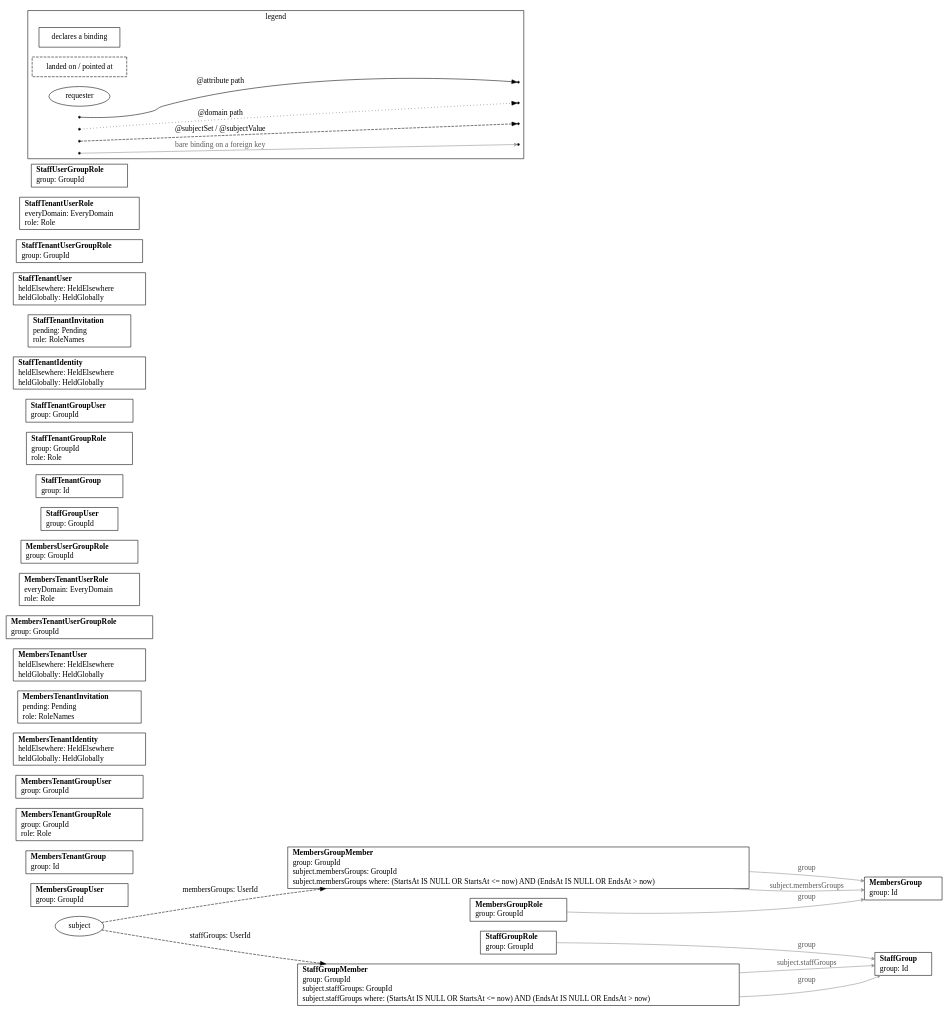
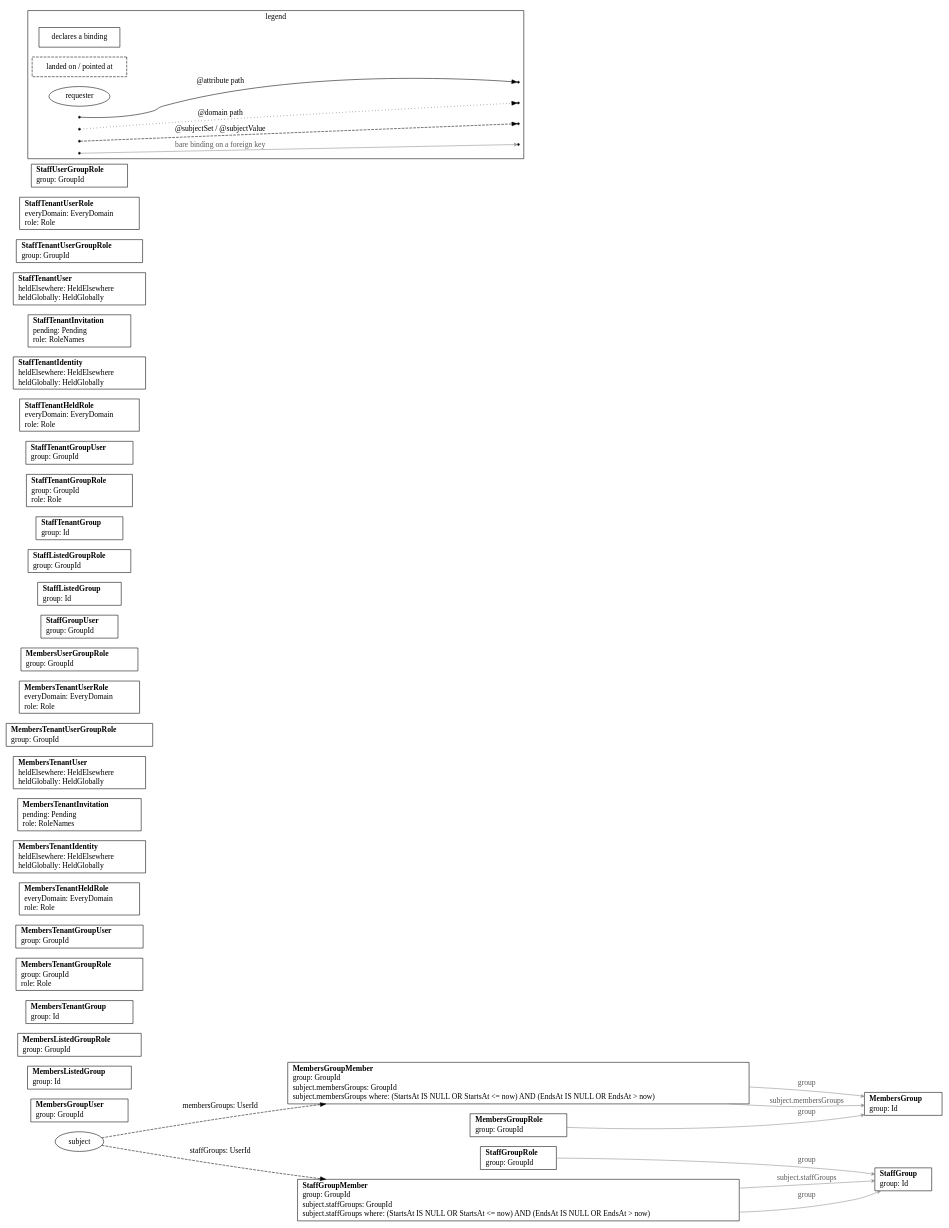
The diagram in cmd/impulse/internal/skeleton/_candidates/outlets/pkg/resources/zz_gen_bindings.dot (impulseframework/impulse), drawn with Graphviz before and after one commit. The commit also changed 350 other files, not shown here.

```diff
--- a/cmd/impulse/internal/skeleton/_candidates/outlets/pkg/resources/zz_gen_bindings.dot
+++ b/cmd/impulse/internal/skeleton/_candidates/outlets/pkg/resources/zz_gen_bindings.dot
@@ -1,71 +1,77 @@
 // Code generated by resourcegeneration. DO NOT EDIT.
 // Bindings: every attribute and subject binding this package declares. A box per
 // declaring resource lists its bare bindings as `name: column`; dashed boxes are
 // the tables a path lands on or a foreign key points at; the subject ellipse is
 // the requester, entering each anchor once with every name it yields there. One
 // edge per hop, drawn once however many paths share it: solid for @attribute,
 // dotted for @domain, dashed for a subject binding, labeled `name: column` on a
 // continuing hop and `name: column ⇒ column` where the path terminates; a thin
 // grey edge points a bare binding on a foreign key at its table. Facts only: no
 // grant or condition is drawn.
 // A subject set that writes a who: or a where: part lists each under the set, in
 // the columns' names: who: says which rows are the requester's, where: which of
 // those rows count. A set that builds on another is a dashed edge from the
 // resource declaring that other set, labeled `name: column IN subject.other`.
 digraph Bindings {
 	rankdir=LR;
 	node [shape=box];
 	"MembersGroup" [label=<<table border="0" cellborder="0" cellspacing="0" cellpadding="1"><tr><td align="left"><b>MembersGroup</b></td></tr><tr><td align="left">group: Id</td></tr></table>>];
 	"MembersGroupMember" [label=<<table border="0" cellborder="0" cellspacing="0" cellpadding="1"><tr><td align="left"><b>MembersGroupMember</b></td></tr><tr><td align="left">group: GroupId</td></tr><tr><td align="left">subject.membersGroups: GroupId</td></tr><tr><td align="left">subject.membersGroups where: (StartsAt IS NULL OR StartsAt &lt;= now) AND (EndsAt IS NULL OR EndsAt &gt; now)</td></tr></table>>];
 	"MembersGroupRole" [label=<<table border="0" cellborder="0" cellspacing="0" cellpadding="1"><tr><td align="left"><b>MembersGroupRole</b></td></tr><tr><td align="left">group: GroupId</td></tr></table>>];
 	"MembersGroupUser" [label=<<table border="0" cellborder="0" cellspacing="0" cellpadding="1"><tr><td align="left"><b>MembersGroupUser</b></td></tr><tr><td align="left">group: GroupId</td></tr></table>>];
+	"MembersListedGroup" [label=<<table border="0" cellborder="0" cellspacing="0" cellpadding="1"><tr><td align="left"><b>MembersListedGroup</b></td></tr><tr><td align="left">group: Id</td></tr></table>>];
+	"MembersListedGroupRole" [label=<<table border="0" cellborder="0" cellspacing="0" cellpadding="1"><tr><td align="left"><b>MembersListedGroupRole</b></td></tr><tr><td align="left">group: GroupId</td></tr></table>>];
 	"MembersTenantGroup" [label=<<table border="0" cellborder="0" cellspacing="0" cellpadding="1"><tr><td align="left"><b>MembersTenantGroup</b></td></tr><tr><td align="left">group: Id</td></tr></table>>];
 	"MembersTenantGroupRole" [label=<<table border="0" cellborder="0" cellspacing="0" cellpadding="1"><tr><td align="left"><b>MembersTenantGroupRole</b></td></tr><tr><td align="left">group: GroupId</td></tr><tr><td align="left">role: Role</td></tr></table>>];
 	"MembersTenantGroupUser" [label=<<table border="0" cellborder="0" cellspacing="0" cellpadding="1"><tr><td align="left"><b>MembersTenantGroupUser</b></td></tr><tr><td align="left">group: GroupId</td></tr></table>>];
+	"MembersTenantHeldRole" [label=<<table border="0" cellborder="0" cellspacing="0" cellpadding="1"><tr><td align="left"><b>MembersTenantHeldRole</b></td></tr><tr><td align="left">everyDomain: EveryDomain</td></tr><tr><td align="left">role: Role</td></tr></table>>];
 	"MembersTenantIdentity" [label=<<table border="0" cellborder="0" cellspacing="0" cellpadding="1"><tr><td align="left"><b>MembersTenantIdentity</b></td></tr><tr><td align="left">heldElsewhere: HeldElsewhere</td></tr><tr><td align="left">heldGlobally: HeldGlobally</td></tr></table>>];
 	"MembersTenantInvitation" [label=<<table border="0" cellborder="0" cellspacing="0" cellpadding="1"><tr><td align="left"><b>MembersTenantInvitation</b></td></tr><tr><td align="left">pending: Pending</td></tr><tr><td align="left">role: RoleNames</td></tr></table>>];
 	"MembersTenantUser" [label=<<table border="0" cellborder="0" cellspacing="0" cellpadding="1"><tr><td align="left"><b>MembersTenantUser</b></td></tr><tr><td align="left">heldElsewhere: HeldElsewhere</td></tr><tr><td align="left">heldGlobally: HeldGlobally</td></tr></table>>];
 	"MembersTenantUserGroupRole" [label=<<table border="0" cellborder="0" cellspacing="0" cellpadding="1"><tr><td align="left"><b>MembersTenantUserGroupRole</b></td></tr><tr><td align="left">group: GroupId</td></tr></table>>];
 	"MembersTenantUserRole" [label=<<table border="0" cellborder="0" cellspacing="0" cellpadding="1"><tr><td align="left"><b>MembersTenantUserRole</b></td></tr><tr><td align="left">everyDomain: EveryDomain</td></tr><tr><td align="left">role: Role</td></tr></table>>];
 	"MembersUserGroupRole" [label=<<table border="0" cellborder="0" cellspacing="0" cellpadding="1"><tr><td align="left"><b>MembersUserGroupRole</b></td></tr><tr><td align="left">group: GroupId</td></tr></table>>];
 	"StaffGroup" [label=<<table border="0" cellborder="0" cellspacing="0" cellpadding="1"><tr><td align="left"><b>StaffGroup</b></td></tr><tr><td align="left">group: Id</td></tr></table>>];
 	"StaffGroupMember" [label=<<table border="0" cellborder="0" cellspacing="0" cellpadding="1"><tr><td align="left"><b>StaffGroupMember</b></td></tr><tr><td align="left">group: GroupId</td></tr><tr><td align="left">subject.staffGroups: GroupId</td></tr><tr><td align="left">subject.staffGroups where: (StartsAt IS NULL OR StartsAt &lt;= now) AND (EndsAt IS NULL OR EndsAt &gt; now)</td></tr></table>>];
 	"StaffGroupRole" [label=<<table border="0" cellborder="0" cellspacing="0" cellpadding="1"><tr><td align="left"><b>StaffGroupRole</b></td></tr><tr><td align="left">group: GroupId</td></tr></table>>];
 	"StaffGroupUser" [label=<<table border="0" cellborder="0" cellspacing="0" cellpadding="1"><tr><td align="left"><b>StaffGroupUser</b></td></tr><tr><td align="left">group: GroupId</td></tr></table>>];
+	"StaffListedGroup" [label=<<table border="0" cellborder="0" cellspacing="0" cellpadding="1"><tr><td align="left"><b>StaffListedGroup</b></td></tr><tr><td align="left">group: Id</td></tr></table>>];
+	"StaffListedGroupRole" [label=<<table border="0" cellborder="0" cellspacing="0" cellpadding="1"><tr><td align="left"><b>StaffListedGroupRole</b></td></tr><tr><td align="left">group: GroupId</td></tr></table>>];
 	"StaffTenantGroup" [label=<<table border="0" cellborder="0" cellspacing="0" cellpadding="1"><tr><td align="left"><b>StaffTenantGroup</b></td></tr><tr><td align="left">group: Id</td></tr></table>>];
 	"StaffTenantGroupRole" [label=<<table border="0" cellborder="0" cellspacing="0" cellpadding="1"><tr><td align="left"><b>StaffTenantGroupRole</b></td></tr><tr><td align="left">group: GroupId</td></tr><tr><td align="left">role: Role</td></tr></table>>];
 	"StaffTenantGroupUser" [label=<<table border="0" cellborder="0" cellspacing="0" cellpadding="1"><tr><td align="left"><b>StaffTenantGroupUser</b></td></tr><tr><td align="left">group: GroupId</td></tr></table>>];
+	"StaffTenantHeldRole" [label=<<table border="0" cellborder="0" cellspacing="0" cellpadding="1"><tr><td align="left"><b>StaffTenantHeldRole</b></td></tr><tr><td align="left">everyDomain: EveryDomain</td></tr><tr><td align="left">role: Role</td></tr></table>>];
 	"StaffTenantIdentity" [label=<<table border="0" cellborder="0" cellspacing="0" cellpadding="1"><tr><td align="left"><b>StaffTenantIdentity</b></td></tr><tr><td align="left">heldElsewhere: HeldElsewhere</td></tr><tr><td align="left">heldGlobally: HeldGlobally</td></tr></table>>];
 	"StaffTenantInvitation" [label=<<table border="0" cellborder="0" cellspacing="0" cellpadding="1"><tr><td align="left"><b>StaffTenantInvitation</b></td></tr><tr><td align="left">pending: Pending</td></tr><tr><td align="left">role: RoleNames</td></tr></table>>];
 	"StaffTenantUser" [label=<<table border="0" cellborder="0" cellspacing="0" cellpadding="1"><tr><td align="left"><b>StaffTenantUser</b></td></tr><tr><td align="left">heldElsewhere: HeldElsewhere</td></tr><tr><td align="left">heldGlobally: HeldGlobally</td></tr></table>>];
 	"StaffTenantUserGroupRole" [label=<<table border="0" cellborder="0" cellspacing="0" cellpadding="1"><tr><td align="left"><b>StaffTenantUserGroupRole</b></td></tr><tr><td align="left">group: GroupId</td></tr></table>>];
 	"StaffTenantUserRole" [label=<<table border="0" cellborder="0" cellspacing="0" cellpadding="1"><tr><td align="left"><b>StaffTenantUserRole</b></td></tr><tr><td align="left">everyDomain: EveryDomain</td></tr><tr><td align="left">role: Role</td></tr></table>>];
 	"StaffUserGroupRole" [label=<<table border="0" cellborder="0" cellspacing="0" cellpadding="1"><tr><td align="left"><b>StaffUserGroupRole</b></td></tr><tr><td align="left">group: GroupId</td></tr></table>>];
 	"subject" [shape=ellipse];
 	"subject" -> "MembersGroupMember" [style=dashed, label="membersGroups: UserId"];
 	"subject" -> "StaffGroupMember" [style=dashed, label="staffGroups: UserId"];
 	"MembersGroupMember" -> "MembersGroup" [color=gray55, fontcolor=gray35, arrowhead=vee, arrowsize=0.6, label="group"];
 	"MembersGroupMember" -> "MembersGroup" [color=gray55, fontcolor=gray35, arrowhead=vee, arrowsize=0.6, label="subject.membersGroups"];
 	"MembersGroupRole" -> "MembersGroup" [color=gray55, fontcolor=gray35, arrowhead=vee, arrowsize=0.6, label="group"];
 	"StaffGroupMember" -> "StaffGroup" [color=gray55, fontcolor=gray35, arrowhead=vee, arrowsize=0.6, label="group"];
 	"StaffGroupMember" -> "StaffGroup" [color=gray55, fontcolor=gray35, arrowhead=vee, arrowsize=0.6, label="subject.staffGroups"];
 	"StaffGroupRole" -> "StaffGroup" [color=gray55, fontcolor=gray35, arrowhead=vee, arrowsize=0.6, label="group"];
 	subgraph cluster_legend {
 		label="legend";
 		"declares a binding" [shape=box];
 		"landed on / pointed at" [shape=box, style=dashed];
 		"requester" [shape=ellipse];
 		"legend:attribute" [shape=point];
 		"legend:attribute:to" [shape=point];
 		"legend:domain" [shape=point];
 		"legend:domain:to" [shape=point];
 		"legend:subject" [shape=point];
 		"legend:subject:to" [shape=point];
 		"legend:reference" [shape=point];
 		"legend:reference:to" [shape=point];
 		"legend:attribute" -> "legend:attribute:to" [label="@attribute path"];
 		"legend:domain" -> "legend:domain:to" [style=dotted, label="@domain path"];
 		"legend:subject" -> "legend:subject:to" [style=dashed, label="@subjectSet / @subjectValue"];
 		"legend:reference" -> "legend:reference:to" [color=gray55, fontcolor=gray35, arrowhead=vee, arrowsize=0.6, label="bare binding on a foreign key"];
 	}
 }
```
